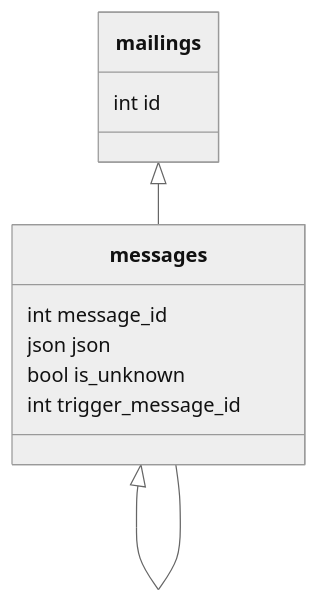
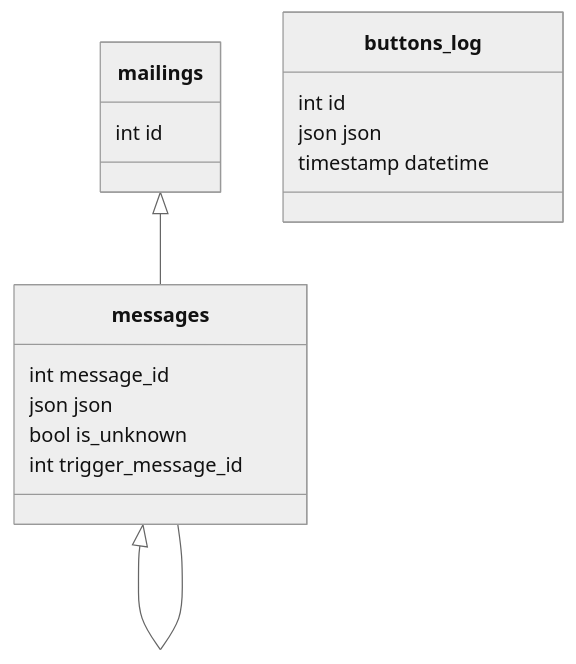
Before and after one commit to blablatdinov/tg-quranbot: the second of 2 diagrams in docs/db_schema_specification.md, drawn with Mermaid (neutral theme).

Commit message:
create buttons_log table description

````diff
--- a/docs/db_schema_specification.md
+++ b/docs/db_schema_specification.md
@@ -51,14 +51,19 @@
 ```mermaid
 classDiagram
     mailings <|-- messages
     messages <|-- messages
     class messages{
         int message_id
         json json
         bool is_unknown
         int trigger_message_id
     }
     class mailings{
         int id
     }
+    class buttons_log{
+        int id
+        json json
+        timestamp datetime
+    }
 ```
````
